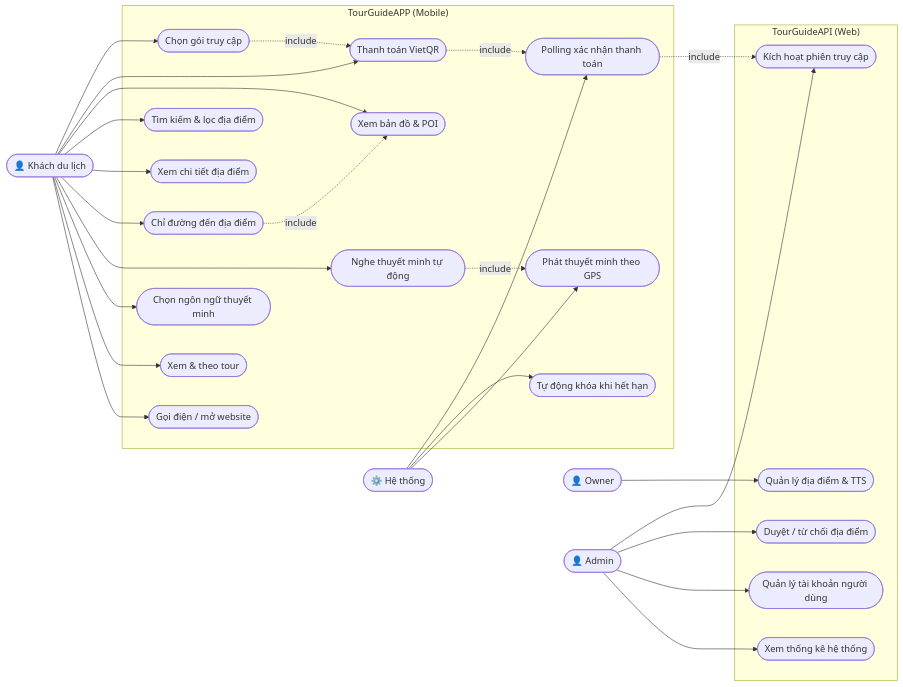
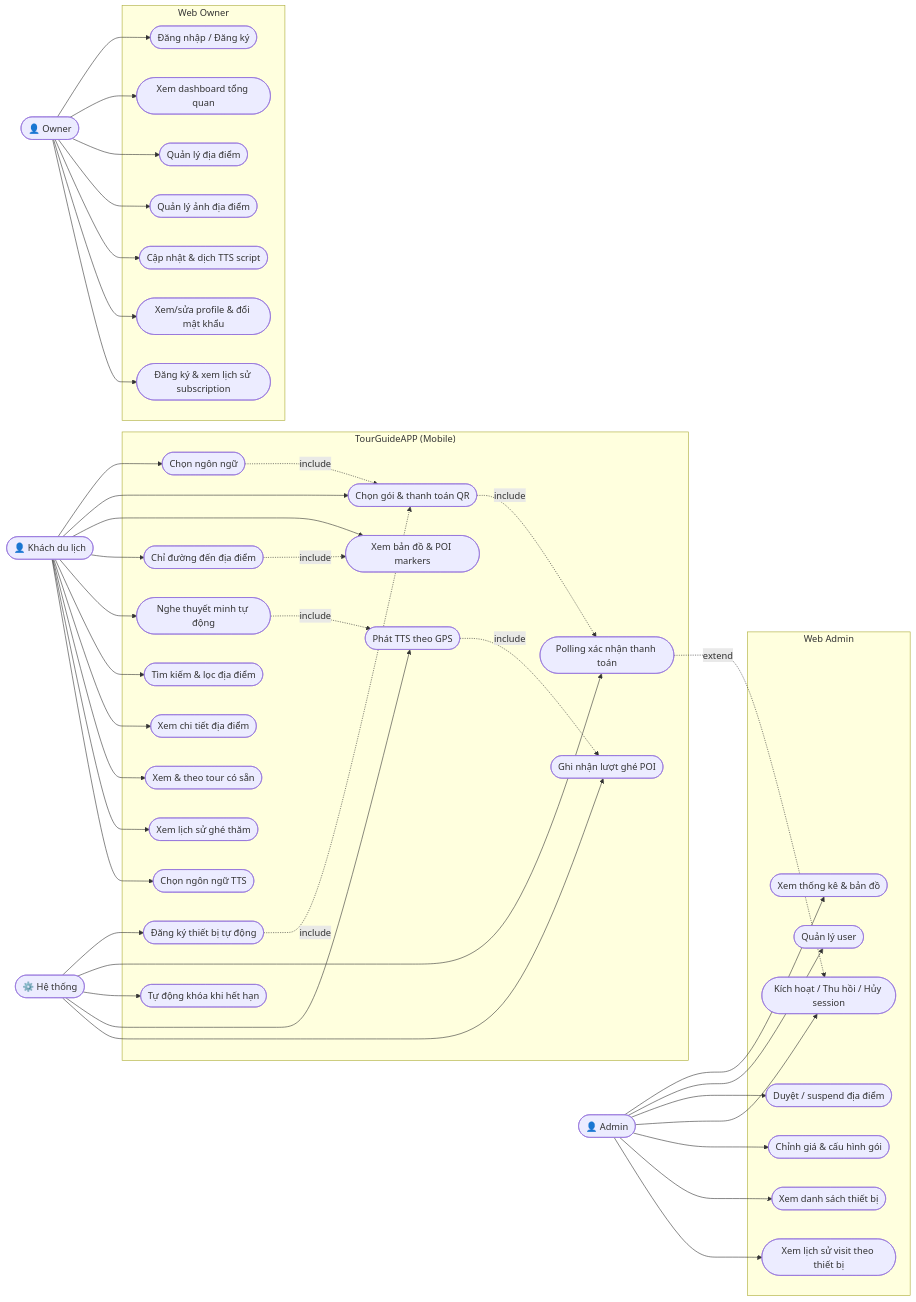
Before and after one commit to MTai55/TourguideProjectApp: the first of 22 diagrams in PRD.md, drawn with Mermaid. The commit also changed other lines of this file and 2 other files, not shown here.

````diff
--- a/PRD.md
+++ b/PRD.md
@@ -85,27 +94,41 @@
     System(["⚙️ Hệ thống"])
 
     subgraph APP["  TourGuideAPP (Mobile)  "]
-        UC1(["Chọn gói truy cập"])
-        UC2(["Thanh toán VietQR"])
-        UC3(["Xem bản đồ & POI"])
-        UC4(["Tìm kiếm & lọc địa điểm"])
-        UC5(["Xem chi tiết địa điểm"])
-        UC6(["Chỉ đường đến địa điểm"])
-        UC7(["Nghe thuyết minh tự động"])
-        UC8(["Chọn ngôn ngữ thuyết minh"])
-        UC9(["Xem & theo tour"])
-        UC10(["Gọi điện / mở website"])
-        UC13(["Polling xác nhận thanh toán"])
-        UC14(["Tự động khóa khi hết hạn"])
-        UC15(["Phát thuyết minh theo GPS"])
+        UC1(["Chọn ngôn ngữ"])
+        UC2(["Chọn gói & thanh toán QR"])
+        UC3(["Xem bản đồ & POI markers"])
+        UC4(["Chỉ đường đến địa điểm"])
+        UC5(["Nghe thuyết minh tự động"])
+        UC6(["Tìm kiếm & lọc địa điểm"])
+        UC7(["Xem chi tiết địa điểm"])
+        UC8(["Xem & theo tour có sẵn"])
+        UC9(["Xem lịch sử ghé thăm"])
+        UC10(["Chọn ngôn ngữ TTS"])
+        UC11(["Đăng ký thiết bị tự động"])
+        UC12(["Polling xác nhận thanh toán"])
+        UC13(["Tự động khóa khi hết hạn"])
+        UC14(["Phát TTS theo GPS"])
+        UC15(["Ghi nhận lượt ghé POI"])
     end
 
-    subgraph WEB["  TourGuideAPI (Web)  "]
-        UC11(["Kích hoạt phiên truy cập"])
-        UC12(["Quản lý địa điểm & TTS"])
-        UC16(["Duyệt / từ chối địa điểm"])
-        UC17(["Quản lý tài khoản người dùng"])
-        UC18(["Xem thống kê hệ thống"])
+    subgraph WEB_OWNER["  Web Owner  "]
+        UC16(["Đăng nhập / Đăng ký"])
+        UC17(["Xem dashboard tổng quan"])
+        UC18(["Quản lý địa điểm"])
+        UC19(["Quản lý ảnh địa điểm"])
+        UC20(["Cập nhật & dịch TTS script"])
+        UC21(["Xem/sửa profile & đổi mật khẩu"])
+        UC22(["Đăng ký & xem lịch sử subscription"])
+    end
+
+    subgraph WEB_ADMIN["  Web Admin  "]
+        UC23(["Xem thống kê & bản đồ"])
+        UC24(["Quản lý user"])
+        UC25(["Duyệt / suspend địa điểm"])
+        UC26(["Kích hoạt / Thu hồi / Hủy session"])
+        UC27(["Chỉnh giá & cấu hình gói"])
+        UC28(["Xem danh sách thiết bị"])
+        UC29(["Xem lịch sử visit theo thiết bị"])
     end
 
     Tourist --> UC1
@@ -119,20 +142,33 @@
     Tourist --> UC9
     Tourist --> UC10
 
-    Owner --> UC12
+    Owner --> UC16
+    Owner --> UC17
+    Owner --> UC18
+    Owner --> UC19
+    Owner --> UC20
+    Owner --> UC21
+    Owner --> UC22
 
-    Admin --> UC11
-    Admin --> UC16
-    Admin --> UC17
-    Admin --> UC18
+    Admin --> UC23
+    Admin --> UC24
+    Admin --> UC25
+    Admin --> UC26
+    Admin --> UC27
+    Admin --> UC28
+    Admin --> UC29
 
+    System --> UC11
+    System --> UC12
     System --> UC13
     System --> UC14
     System --> UC15
 
     UC1 -. include .-> UC2
-    UC6 -. include .-> UC3
-    UC7 -. include .-> UC15
-    UC2 -. include .-> UC13
-    UC13 -. include .-> UC11
+    UC2 -. include .-> UC12
+    UC4 -. include .-> UC3
+    UC5 -. include .-> UC14
+    UC14 -. include .-> UC15
+    UC11 -. include .-> UC2
+    UC12 -. extend .-> UC26
 ```
````
